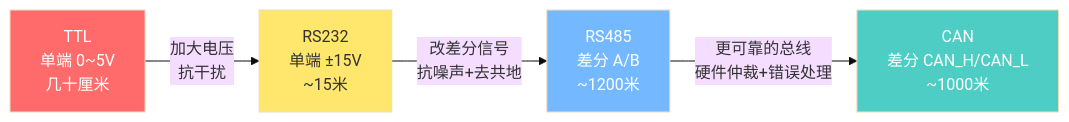
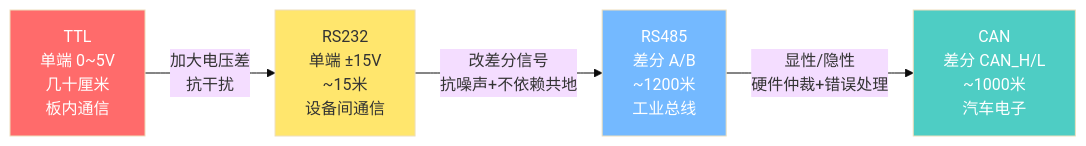
One commit to chengtao-ct/Flushingbondading_Notes changed the second of 5 diagrams in 嵌入式/通信协议/通信协议总览.md. Above: the diagram before and after it, drawn with Mermaid (base theme). The commit also changed other lines of this file and 18 other files, not shown here.

````diff
--- a/嵌入式/通信协议/通信协议总览.md
+++ b/嵌入式/通信协议/通信协议总览.md
@@ -75,11 +78,11 @@
 ```mermaid
 graph LR
-    TTL["TTL<br/>单端 0~5V<br/>几十厘米"] -->|"加大电压<br/>抗干扰"| RS232["RS232<br/>单端 ±15V<br/>~15米"]
-    RS232 -->|"改差分信号<br/>抗噪声+去共地"| RS485["RS485<br/>差分 A/B<br/>~1200米"]
-    RS485 -->|"更可靠的总线<br/>硬件仲裁+错误处理"| CAN["CAN<br/>差分 CAN_H/CAN_L<br/>~1000米"]
+    TTL["TTL<br/>单端 0~5V<br/>几十厘米<br/>板内通信"] -->|"加大电压差<br/>抗干扰"| RS232["RS232<br/>单端 ±15V<br/>~15米<br/>设备间通信"]
+    RS232 -->|"改差分信号<br/>抗噪声+不依赖共地"| RS485["RS485<br/>差分 A/B<br/>~1200米<br/>工业总线"]
+    RS485 -->|"显性/隐性<br/>硬件仲裁+错误处理"| CAN["CAN<br/>差分 CAN_H/L<br/>~1000米<br/>汽车电子"]
 
     style TTL fill:#ff6b6b,color:#fff
     style RS232 fill:#ffe66d,color:#333
     style RS485 fill:#74b9ff,color:#fff
     style CAN fill:#4ecdc4,color:#fff
 ```
````
